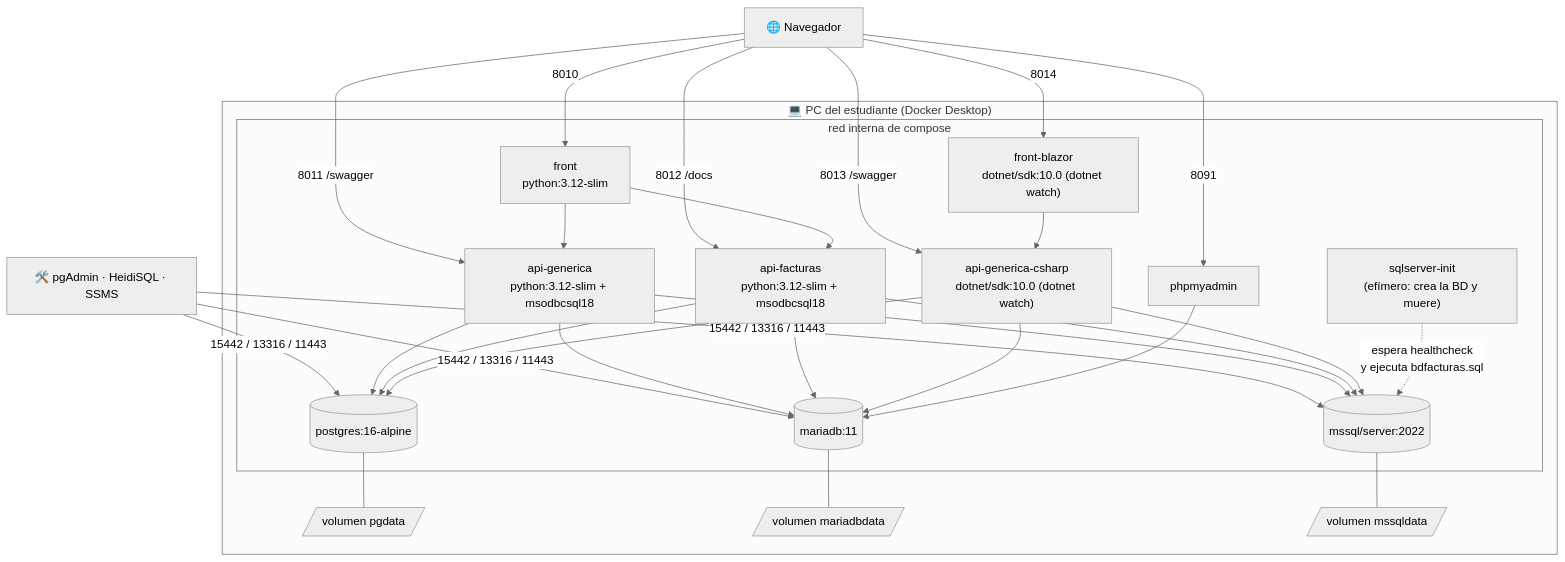
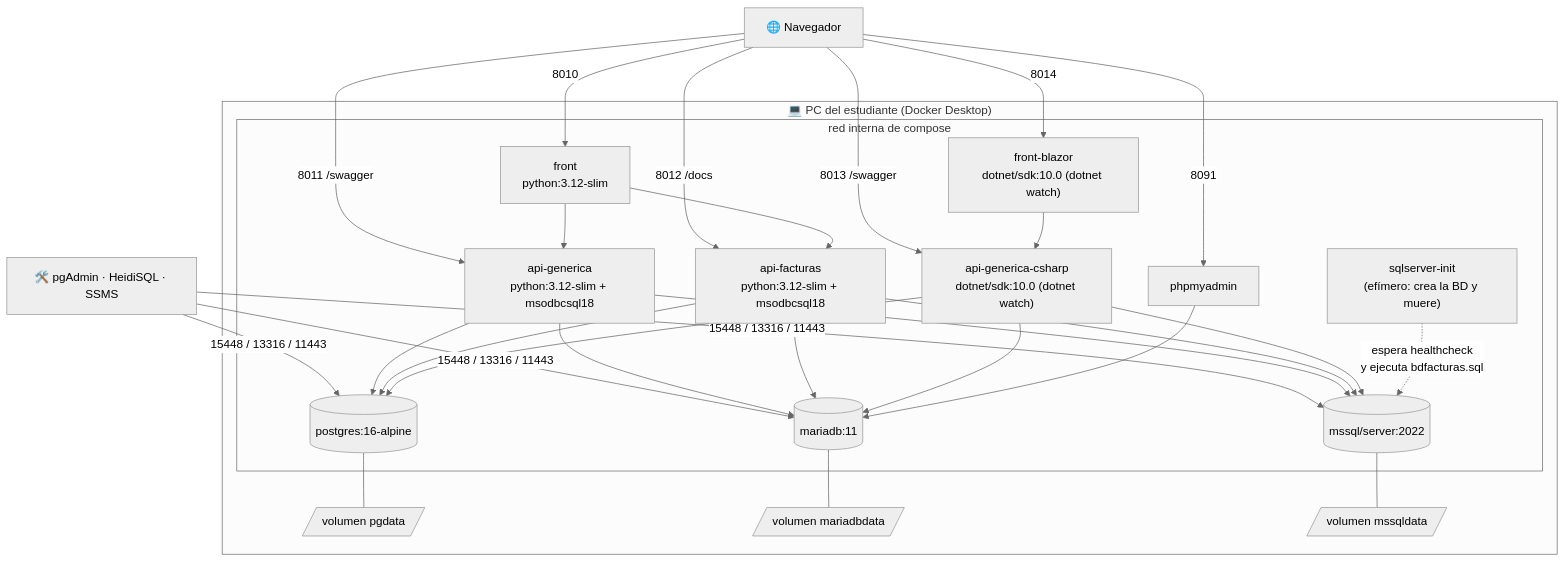
One commit to ccastro2050/proyecto_construccion1 changed the eighth of 8 diagrams in README.md. Above: the diagram before and after it, drawn with Mermaid (neutral theme). The commit also changed other lines of this file and 20 other files, not shown here.

````diff
--- a/README.md
+++ b/README.md
@@ -422,38 +422,38 @@
 ```mermaid
 flowchart TB
     subgraph HOST["💻 PC del estudiante (Docker Desktop)"]
         subgraph NET["red interna de compose"]
             F["front<br/>python:3.12-slim"]
             G["api-generica<br/>python:3.12-slim + msodbcsql18"]
             FA["api-facturas<br/>python:3.12-slim + msodbcsql18"]
             CS["api-generica-csharp<br/>dotnet/sdk:10.0 (dotnet watch)"]
             FB["front-blazor<br/>dotnet/sdk:10.0 (dotnet watch)"]
             P[("postgres:16-alpine")]
             M[("mariadb:11")]
             S[("mssql/server:2022")]
             INIT["sqlserver-init<br/>(efímero: crea la BD y muere)"]
             PMA["phpmyadmin"]
         end
         V1[/"volumen pgdata"/]
         V2[/"volumen mariadbdata"/]
         V3[/"volumen mssqldata"/]
     end
 
     B["🌐 Navegador"] -->|8010| F
     B -->|8011 /swagger| G
     B -->|8012 /docs| FA
     B -->|8013 /swagger| CS
     B -->|8014| FB
     B -->|8091| PMA
-    HERR["🛠️ pgAdmin · HeidiSQL · SSMS"] -->|15442 / 13316 / 11443| P & M & S
+    HERR["🛠️ pgAdmin · HeidiSQL · SSMS"] -->|15448 / 13316 / 11443| P & M & S
 
     F --> G & FA
     FB --> CS
     G & FA --> P & M & S
     CS --> P & M & S
     INIT -.->|"espera healthcheck<br/>y ejecuta bdfacturas.sql"| S
     PMA --> M
     P --- V1
     M --- V2
     S --- V3
 ```
````
